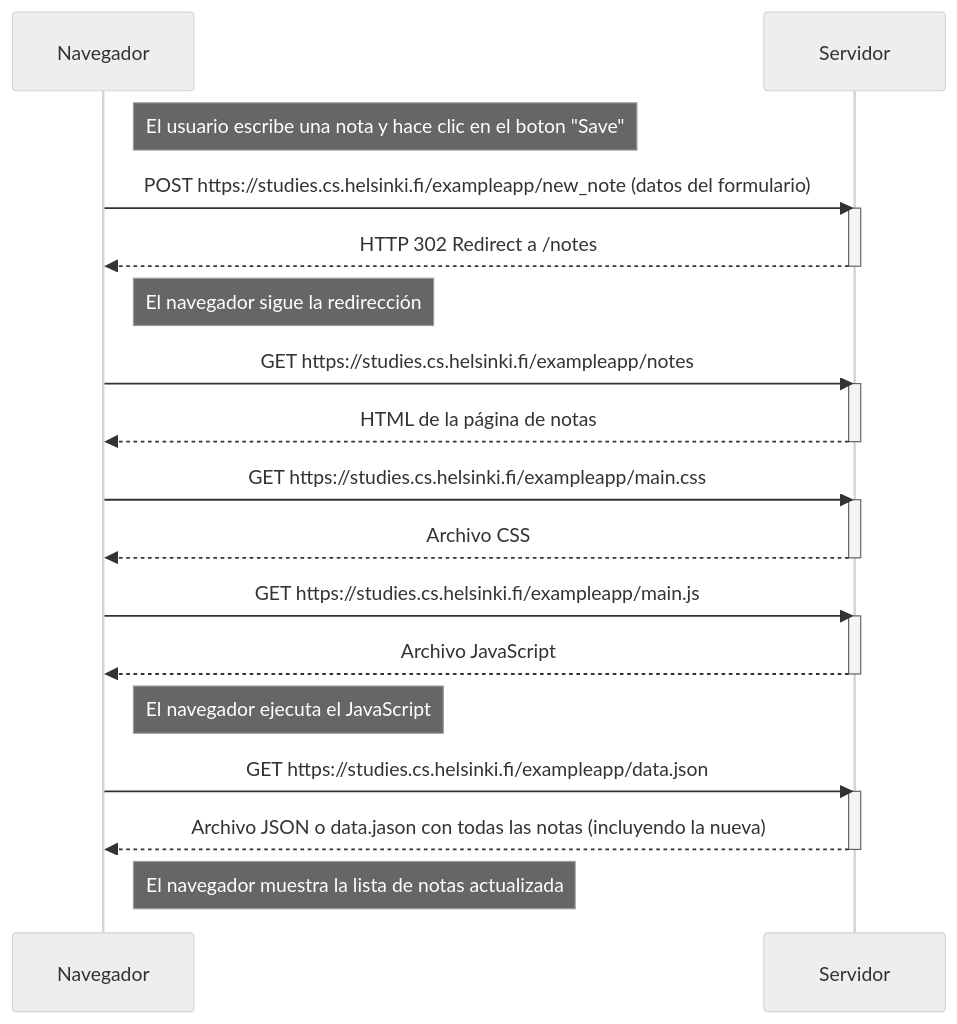
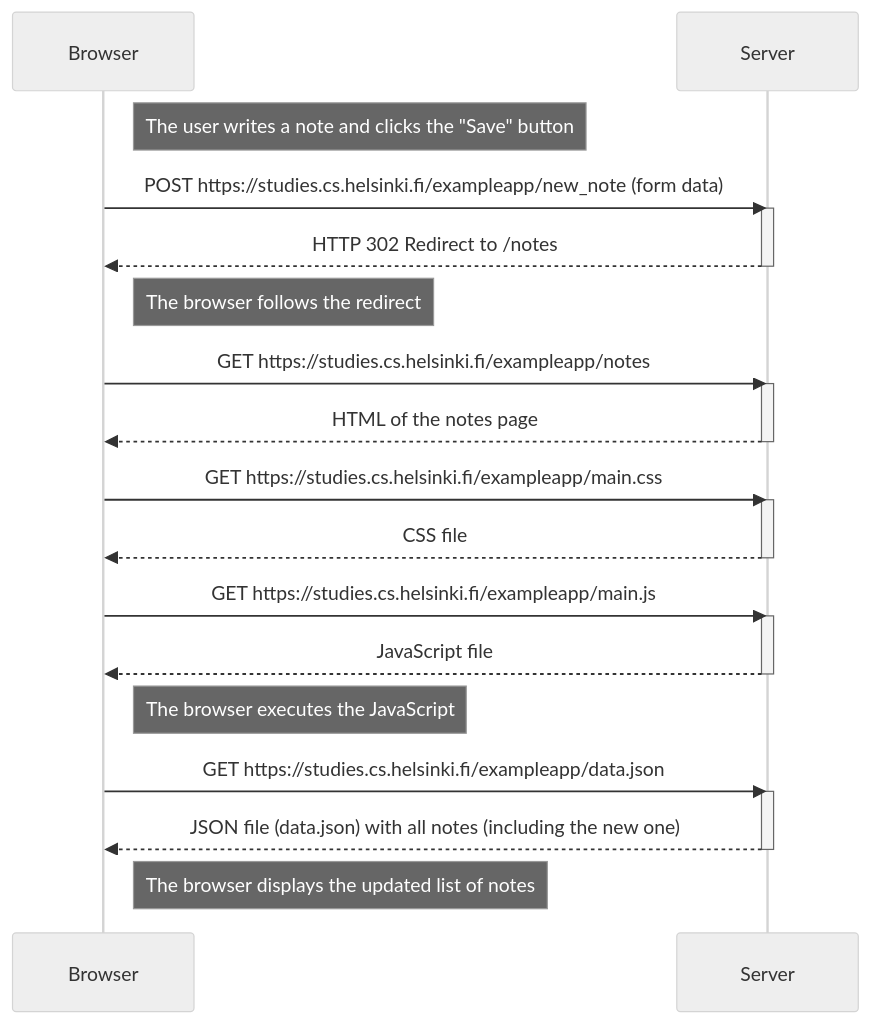
One commit to anahi-f/Fullstack-open changed the diagram in part0/0.4.md. Above: the diagram before and after it, drawn with Mermaid (neutral theme).

Commit message:
Ejercicio 4

````diff
--- a/part0/0.4.md
+++ b/part0/0.4.md
@@ -1,39 +1,40 @@
 ```mermaid
 sequenceDiagram
-    participant browser as Navegador
-    participant server as Servidor
+    participant browser as Browser
+    participant server as Server
 
-    Note right of browser: El usuario escribe una nota y hace clic en el boton "Save"
+    Note right of browser: The user writes a note and clicks the "Save" button
 
-    browser->>server: POST https://studies.cs.helsinki.fi/exampleapp/new_note (datos del formulario)
+    browser->>server: POST https://studies.cs.helsinki.fi/exampleapp/new_note (form data)
     activate server
-    server-->>browser: HTTP 302 Redirect a /notes
+    server-->>browser: HTTP 302 Redirect to /notes
     deactivate server
 
-    Note right of browser: El navegador sigue la redirección
+    Note right of browser: The browser follows the redirect
 
     browser->>server: GET https://studies.cs.helsinki.fi/exampleapp/notes
     activate server
-    server-->>browser: HTML de la página de notas
+    server-->>browser: HTML of the notes page
     deactivate server
 
     browser->>server: GET https://studies.cs.helsinki.fi/exampleapp/main.css
     activate server
-    server-->>browser: Archivo CSS
+    server-->>browser: CSS file
     deactivate server
 
     browser->>server: GET https://studies.cs.helsinki.fi/exampleapp/main.js
     activate server
-    server-->>browser: Archivo JavaScript
+    server-->>browser: JavaScript file
     deactivate server
 
-    Note right of browser: El navegador ejecuta el JavaScript
+    Note right of browser: The browser executes the JavaScript
 
     browser->>server: GET https://studies.cs.helsinki.fi/exampleapp/data.json
     activate server
-    server-->>browser: Archivo JSON o data.jason con todas las notas (incluyendo la nueva)
+    server-->>browser: JSON file (data.json) with all notes (including the new one)
     deactivate server
 
-    Note right of browser: El navegador muestra la lista de notas actualizada
+    Note right of browser: The browser displays the updated list of notes
+
 
 ```
````
